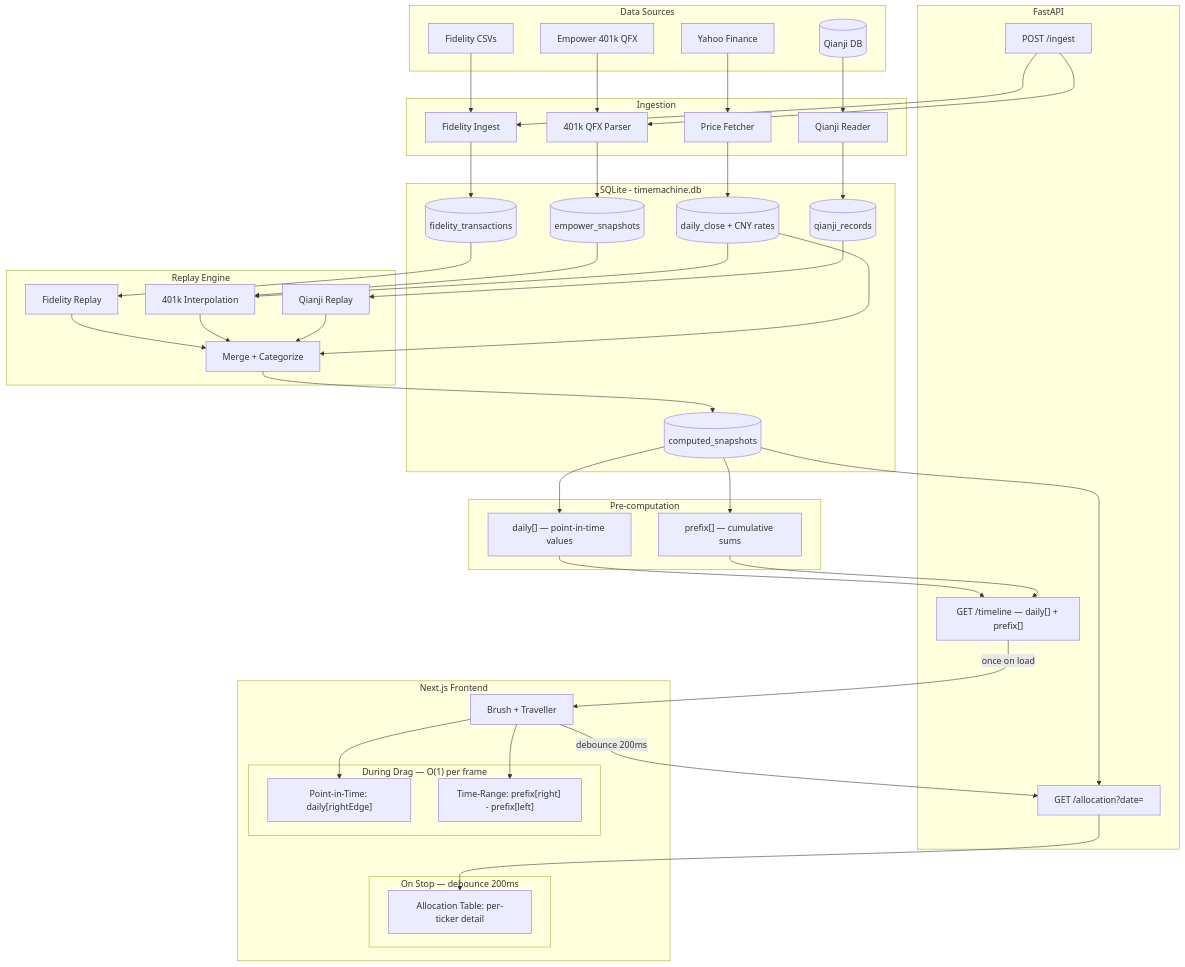
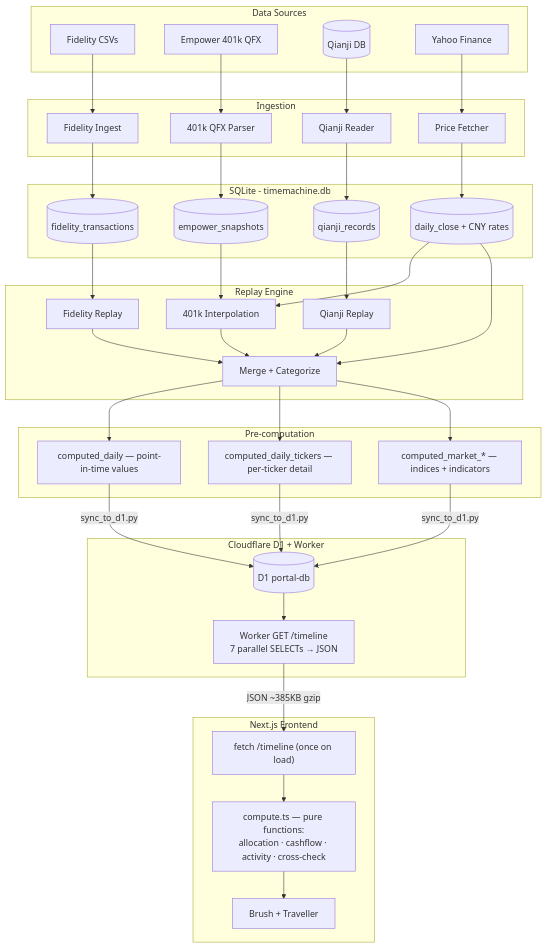
Before and after one commit to Guoyuer/portal: the diagram in docs/timemachine-design.md, drawn with Mermaid. The commit also changed other lines of this file and 16 other files, not shown here.

````diff
--- a/docs/timemachine-design.md
+++ b/docs/timemachine-design.md
@@ -32,7 +32,6 @@
         T_401[(empower_snapshots)]
         T_PRICE[(daily_close + CNY rates)]
         T_QJ[(qianji_records)]
-        T_SNAP[(computed_snapshots)]
     end
 
     subgraph Replay["Replay Engine"]
@@ -43,25 +42,20 @@
     end
 
     subgraph Precompute["Pre-computation"]
-        PC_DAILY["daily[] — point-in-time values"]
-        PC_PREFIX["prefix[] — cumulative sums"]
+        PC_DAILY["computed_daily — point-in-time values"]
+        PC_TICKERS["computed_daily_tickers — per-ticker detail"]
+        PC_MARKET["computed_market_* — indices + indicators"]
     end
 
-    subgraph API["FastAPI"]
-        EP_INIT["GET /timeline — daily[] + prefix[]"]
-        EP_DETAIL["GET /allocation?date="]
-        EP_INGEST["POST /ingest"]
+    subgraph Cloud["Cloudflare D1 + Worker"]
+        D1[(D1 portal-db)]
+        WORKER["Worker GET /timeline<br/>7 parallel SELECTs → JSON"]
     end
 
     subgraph FE["Next.js Frontend"]
+        FETCH["fetch /timeline (once on load)"]
+        COMPUTE["compute.ts — pure functions:<br/>allocation · cashflow · activity · cross-check"]
         BRUSH["Brush + Traveller"]
-        subgraph During["During Drag — O(1) per frame"]
-            PIT["Point-in-Time: daily[rightEdge]"]
-            RANGE["Time-Range: prefix[right] - prefix[left]"]
-        end
-        subgraph OnStop["On Stop — debounce 200ms"]
-            DETAIL["Allocation Table: per-ticker detail"]
-        end
     end
 
     FID --> I_FID --> T_TXN
@@ -79,19 +73,15 @@
     R_401 --> MERGE
     R_QJ --> MERGE
 
-    MERGE --> T_SNAP
-    T_SNAP --> PC_DAILY
-    T_SNAP --> PC_PREFIX
+    MERGE --> PC_DAILY
+    MERGE --> PC_TICKERS
+    MERGE --> PC_MARKET
 
-    PC_DAILY --> EP_INIT
-    PC_PREFIX --> EP_INIT
-    T_SNAP --> EP_DETAIL
-    EP_INGEST --> I_FID
-    EP_INGEST --> I_QFX
-
-    EP_INIT -->|once on load| BRUSH
-    BRUSH --> PIT
-    BRUSH --> RANGE
-    BRUSH -->|debounce 200ms| EP_DETAIL
-    EP_DETAIL --> DETAIL
+    PC_DAILY -->|sync_to_d1.py| D1
+    PC_TICKERS -->|sync_to_d1.py| D1
+    PC_MARKET -->|sync_to_d1.py| D1
+    D1 --> WORKER
+    WORKER -->|JSON ~385KB gzip| FETCH
+    FETCH --> COMPUTE
+    COMPUTE --> BRUSH
 ```
````
